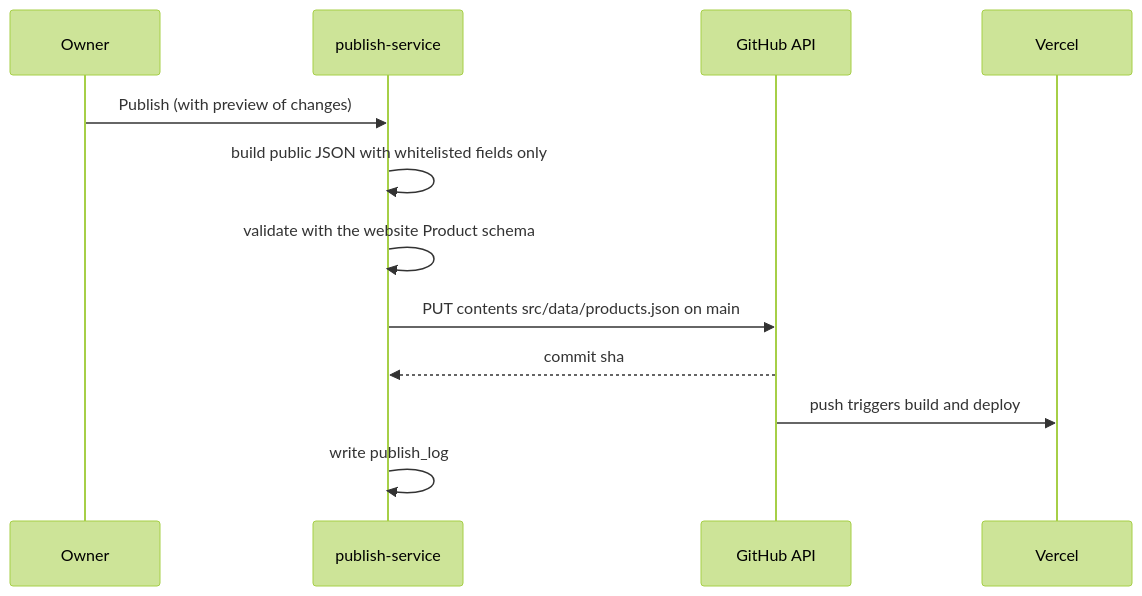
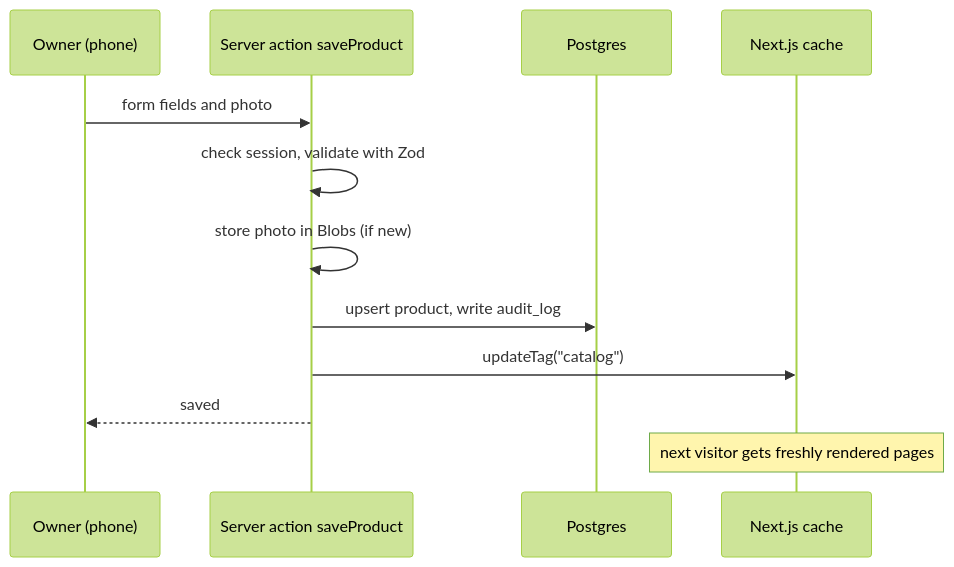
The third of 3 diagrams in docs/ARCHITECTURE.md (shubhamdsk/shree-balaji-paints-plywood-hardware), drawn with Mermaid (forest theme) before and after one commit. The commit also changed other lines of this file and 6 other files, not shown here.

First line of the commit message:
docs: website-only Part 2 plan with owner panel, enquiry inbox and Netlify hosting

````diff
--- a/docs/ARCHITECTURE.md
+++ b/docs/ARCHITECTURE.md
@@ -228,14 +132,14 @@
 ```mermaid
 sequenceDiagram
-  participant O as Owner
-  participant PS as publish-service
-  participant GH as GitHub API
-  participant V as Vercel
-  O->>PS: Publish (with preview of changes)
-  PS->>PS: build public JSON with whitelisted fields only
-  PS->>PS: validate with the website Product schema
-  PS->>GH: PUT contents src/data/products.json on main
-  GH-->>PS: commit sha
-  GH->>V: push triggers build and deploy
-  PS->>PS: write publish_log
+  participant O as Owner (phone)
+  participant A as Server action saveProduct
+  participant DB as Postgres
+  participant C as Next.js cache
+  O->>A: form fields and photo
+  A->>A: check session, validate with Zod
+  A->>A: store photo in Blobs (if new)
+  A->>DB: upsert product, write audit_log
+  A->>C: updateTag("catalog")
+  A-->>O: saved
+  Note over C: next visitor gets freshly rendered pages
 ```
````
